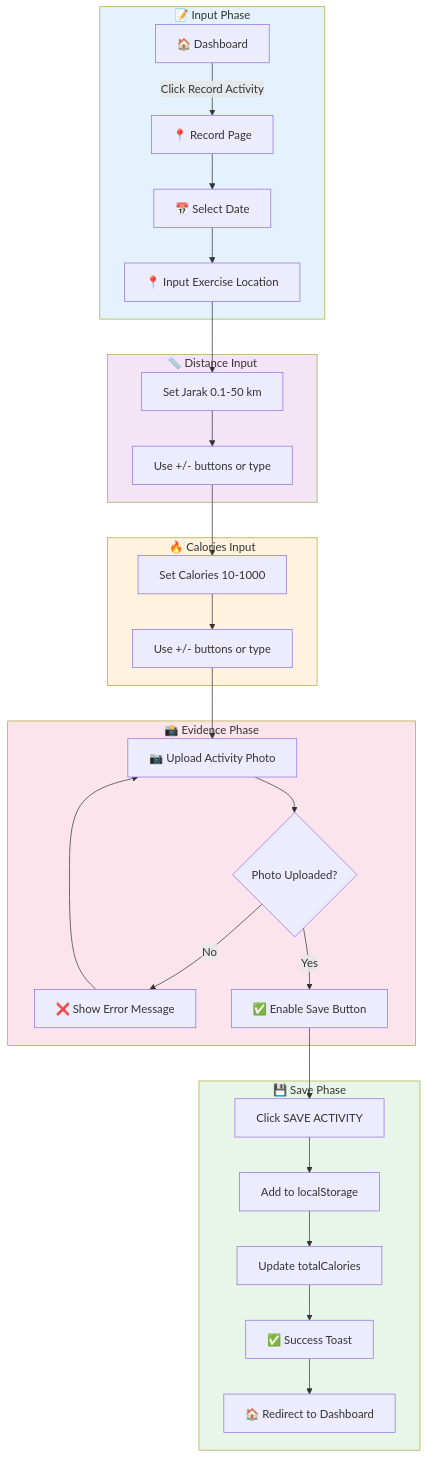
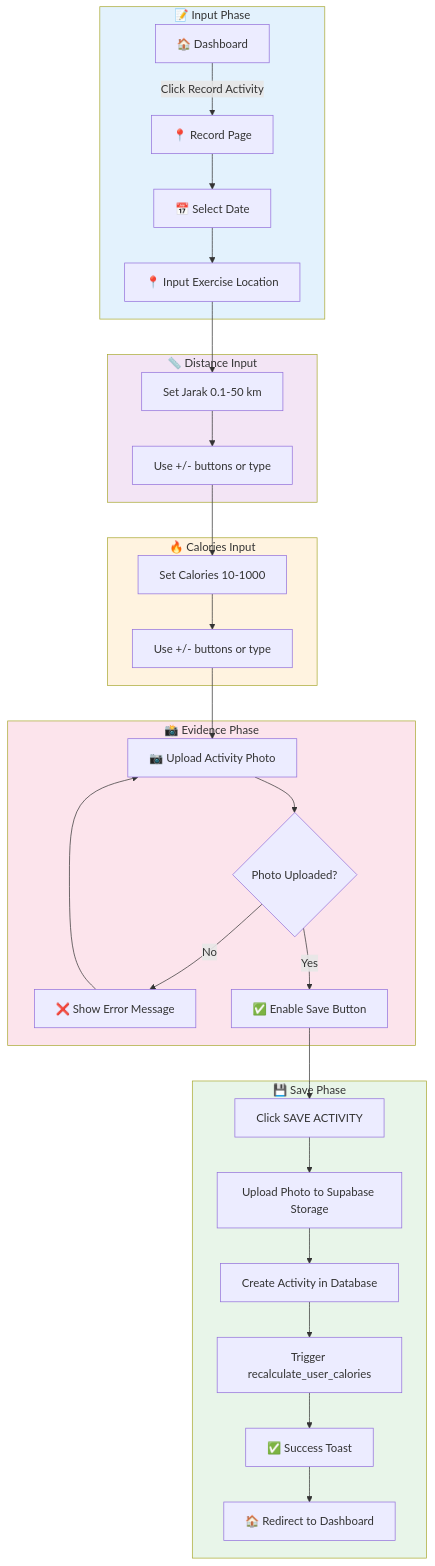
One commit to ilhaminudin24/ITDigital-wellbeing changed the second of 4 diagrams in docs/project_analysis.md. Above: the diagram before and after it, drawn with Mermaid. The commit also changed other lines of this file and 5 other files, not shown here.

````diff
--- a/docs/project_analysis.md
+++ b/docs/project_analysis.md
@@ -131,40 +161,41 @@
 ```mermaid
 flowchart TD
     subgraph Input["📝 Input Phase"]
         A[🏠 Dashboard] -->|Click Record Activity| B[📍 Record Page]
         B --> C[📅 Select Date]
         C --> D[📍 Input Exercise Location]
     end
 
     subgraph Distance["📏 Distance Input"]
         D --> E[Set Jarak 0.1-50 km]
         E --> F[Use +/- buttons or type]
     end
 
     subgraph Calories["🔥 Calories Input"]
         F --> G[Set Calories 10-1000]
         G --> H[Use +/- buttons or type]
     end
 
     subgraph Evidence["📸 Evidence Phase"]
         H --> I[📷 Upload Activity Photo]
         I --> J{Photo Uploaded?}
         J -->|No| K[❌ Show Error Message]
         K --> I
         J -->|Yes| L[✅ Enable Save Button]
     end
 
     subgraph Save["💾 Save Phase"]
         L --> M[Click SAVE ACTIVITY]
-        M --> N[Add to localStorage]
-        N --> O[Update totalCalories]
-        O --> P[✅ Success Toast]
-        P --> Q[🏠 Redirect to Dashboard]
+        M --> N[Upload Photo to Supabase Storage]
+        N --> O[Create Activity in Database]
+        O --> P[Trigger recalculate_user_calories]
+        P --> Q[✅ Success Toast]
+        Q --> R[🏠 Redirect to Dashboard]
     end
 
     style Input fill:#e3f2fd
     style Distance fill:#f3e5f5
     style Calories fill:#fff3e0
     style Evidence fill:#fce4ec
     style Save fill:#e8f5e9
 ```
````
